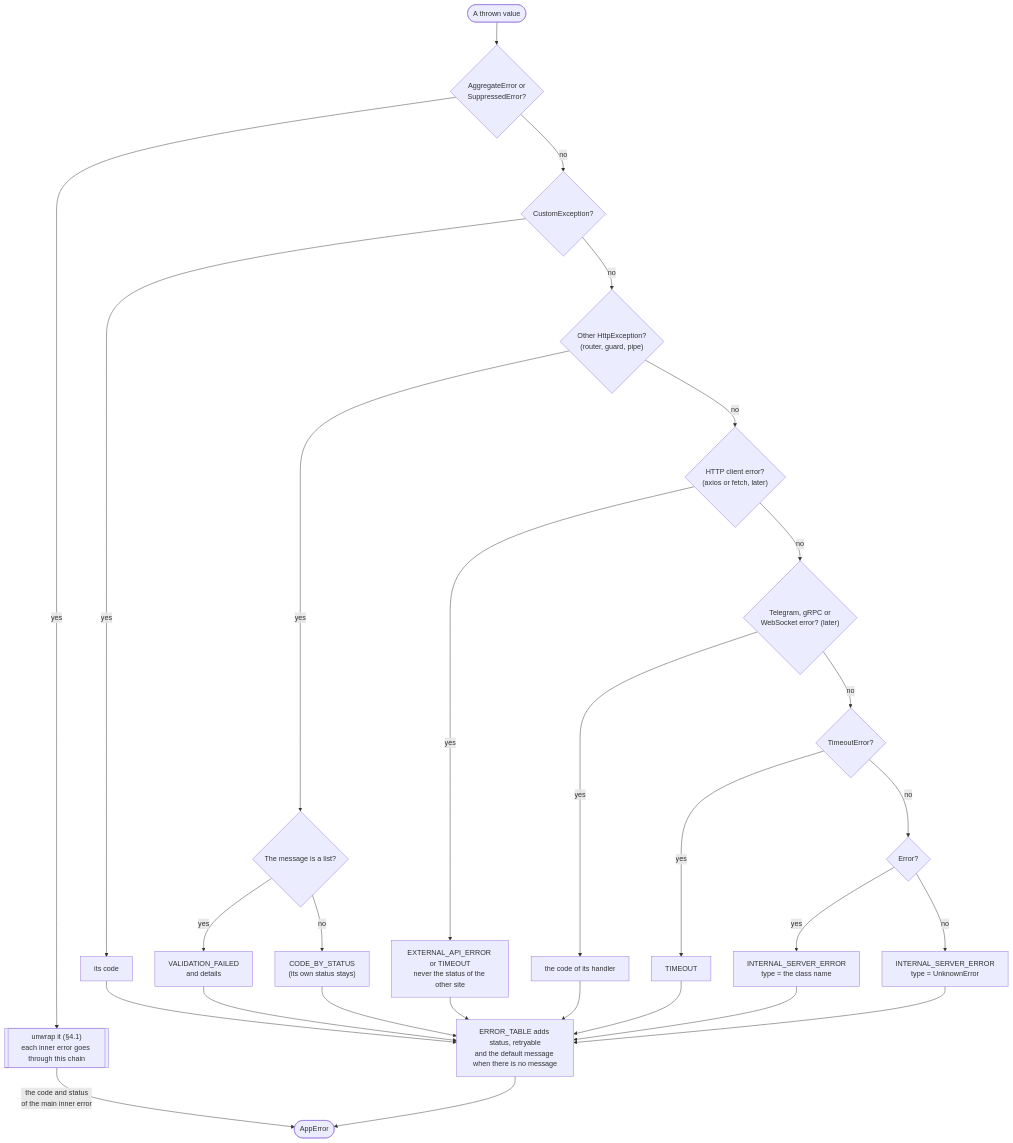
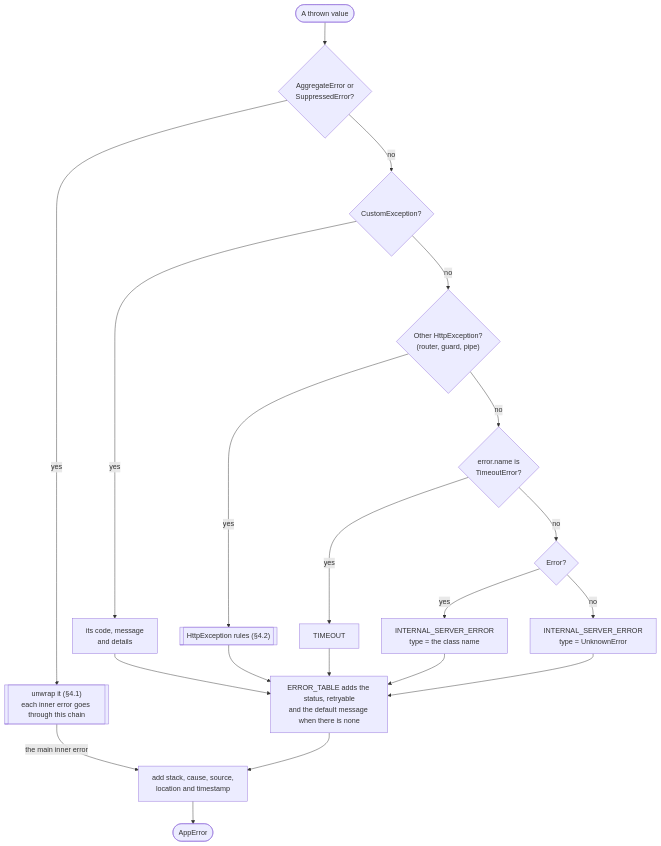
One commit to CyberBrainiac/job-search-automation-tool changed the third of 7 diagrams in docs/error-handling-improvements.md. Above: the diagram before and after it, drawn with Mermaid. The commit also changed other lines of this file and 1 other file, not shown here.

First line of the commit message:
docs(root): fix the gaps of the error handling design and answer Q1-Q9

````diff
--- a/docs/error-handling-improvements.md
+++ b/docs/error-handling-improvements.md
@@ -225,23 +397,22 @@
 ```mermaid
 flowchart TD
   S(["A thrown value"]) --> H0{"AggregateError or<br/>SuppressedError?"}
   H0 -- "yes" --> R0[["unwrap it (§4.1)<br/>each inner error goes through this chain"]]
-  R0 -- "the code and status<br/>of the main inner error" --> A
+  R0 -- "the main inner error" --> K["add stack, cause, source,<br/>location and timestamp"]
   H0 -- "no" --> H1{"CustomException?"}
-  H1 -- "yes" --> R1["its code"]
+  H1 -- "yes" --> R1["its code, message<br/>and details"]
   H1 -- "no" --> H2{"Other HttpException?<br/>(router, guard, pipe)"}
-  H2 -- "yes" --> H2L{"The message is a list?"}
-  H2 -- "no" --> H3{"HTTP client error?<br/>(axios or fetch, later)"}
-  H2L -- "yes" --> R2a["VALIDATION_FAILED<br/>and details"]
-  H2L -- "no" --> R2b["CODE_BY_STATUS<br/>(its own status stays)"]
-  H3 -- "yes" --> R3["EXTERNAL_API_ERROR or TIMEOUT<br/>never the status of the other site"]
-  H3 -- "no" --> H4{"Telegram, gRPC or<br/>WebSocket error? (later)"}
-  H4 -- "yes" --> R4["the code of its handler"]
-  H4 -- "no" --> H5{"TimeoutError?"}
+  H2 -- "yes" --> R2[["HttpException rules (§4.2)"]]
+  H2 -- "no" --> H5{"error.name is<br/>TimeoutError?"}
   H5 -- "yes" --> R5["TIMEOUT"]
   H5 -- "no" --> H6{"Error?"}
   H6 -- "yes" --> R6["INTERNAL_SERVER_ERROR<br/>type = the class name"]
   H6 -- "no" --> R7["INTERNAL_SERVER_ERROR<br/>type = UnknownError"]
-  R1 & R2a & R2b & R3 & R4 & R5 & R6 & R7 --> T["ERROR_TABLE adds status, retryable<br/>and the default message when there is no message"]
-  T --> A(["AppError"])
+  R1 --> T["ERROR_TABLE adds the status, retryable<br/>and the default message when there is none"]
+  R2 --> T
+  R5 --> T
+  R6 --> T
+  R7 --> T
+  T --> K
+  K --> A(["AppError"])
 ```
````
